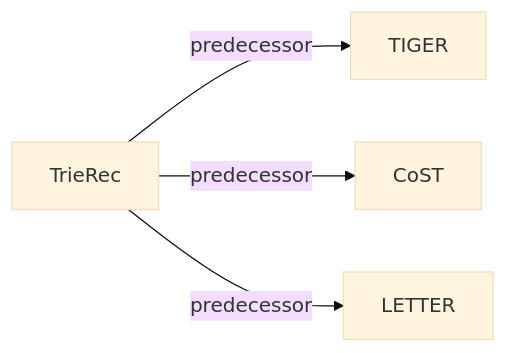
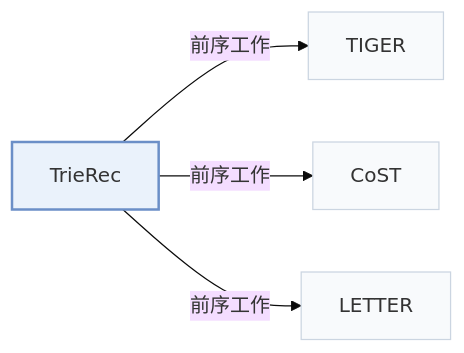
One commit to Galaxy-ghost/Awesome-SID-Generative-Rec changed the second of 2 diagrams in pages/zh/papers/trierec.md. Above: the diagram before and after it, drawn with Mermaid (base theme). The commit also changed other lines of this file and 649 other files, not shown here.

Commit message:
writer-05: also tags and modality index (schema, check, build, visuals); summary field removed; calibration data for 12 papers

````diff
--- a/pages/zh/papers/trierec.md
+++ b/pages/zh/papers/trierec.md
@@ -66,7 +74,11 @@
 ```mermaid
 flowchart LR
     P["TrieRec"]
-    P -->|predecessor| A["TIGER"]
-    P -->|predecessor| B["CoST"]
-    P -->|predecessor| C["LETTER"]
+    P -->|"前序工作"| A["TIGER"]
+    P -->|"前序工作"| B["CoST"]
+    P -->|"前序工作"| C["LETTER"]
+    classDef main fill:#eaf2fb,stroke:#6b8fc7,stroke-width:2px
+    classDef peer fill:#f8fafc,stroke:#cbd5e1
+    class P main
+    class A,B,C peer
 ```
````
